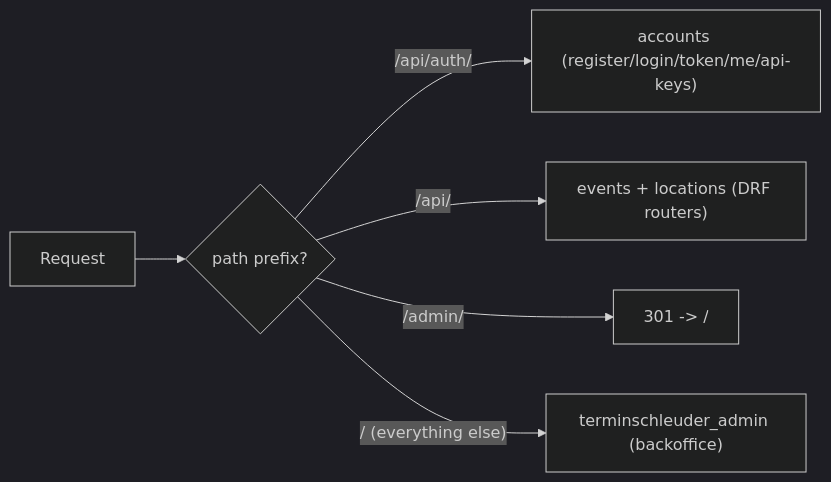
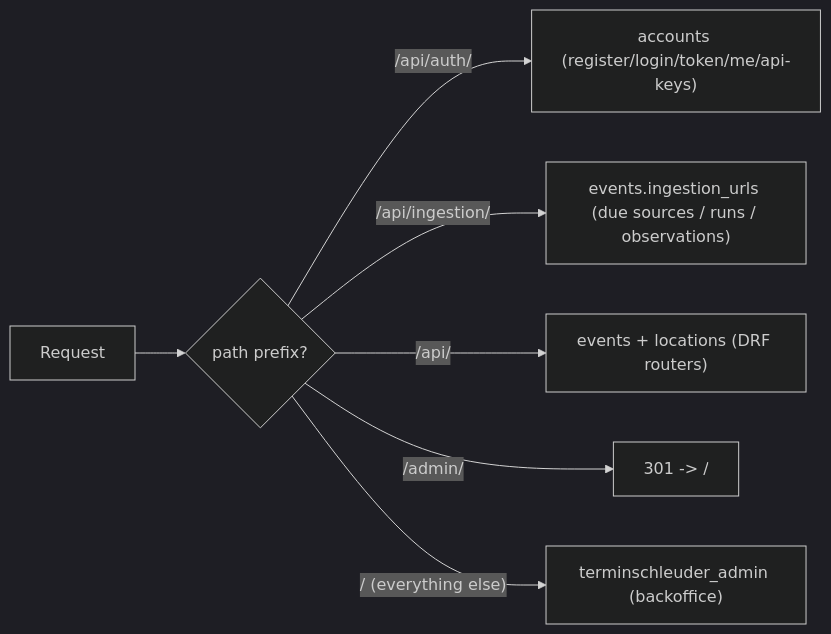
One commit to Terminschleuder/backend changed the second of 4 diagrams in docs/architecture.md. Above: the diagram before and after it, drawn with Mermaid (dark theme). The commit also changed other lines of this file and 25 other files, not shown here.

````diff
--- a/docs/architecture.md
+++ b/docs/architecture.md
@@ -51,8 +55,9 @@
 ```mermaid
 flowchart LR
     R["Request"] --> P{"path prefix?"}
     P -->|"/api/auth/"| Auth["accounts (register/login/token/me/api-keys)"]
+    P -->|"/api/ingestion/"| Ing["events.ingestion_urls (due sources / runs / observations)"]
     P -->|"/api/"| API["events + locations (DRF routers)"]
     P -->|"/admin/"| Redir["301 -> /"]
     P -->|"/  (everything else)"| Back["terminschleuder_admin (backoffice)"]
 ```
````
